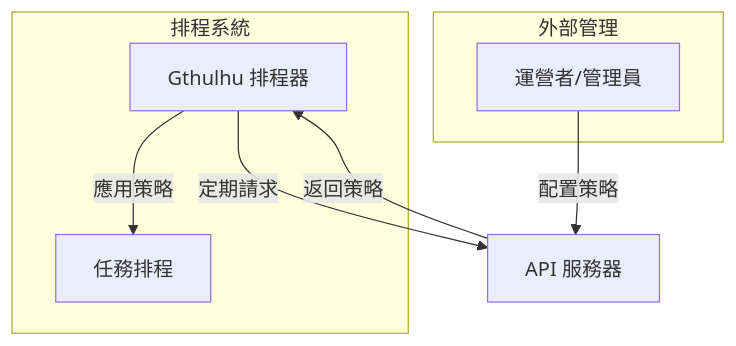
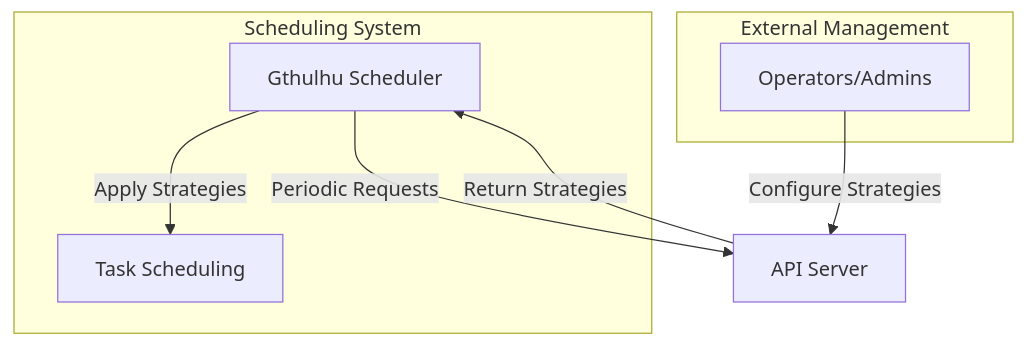
Before and after one commit to Gthulhu/docs: the fourth of 6 diagrams in docs/how-it-works.md, drawn with Mermaid. The commit also changed other lines of this file and 29 other files, not shown here.

````diff
--- a/docs/how-it-works.md
+++ b/docs/how-it-works.md
@@ -151,16 +151,16 @@
 ```mermaid
 graph TB
-    A[Gthulhu 排程器] -->|定期請求| B[API 服務器]
-    C[運營者/管理員] -->|配置策略| B
-    B -->|返回策略| A
-    A -->|應用策略| D[任務排程]
+    A[Gthulhu Scheduler] -->|Periodic Requests| B[API Server]
+    C[Operators/Admins] -->|Configure Strategies| B
+    B -->|Return Strategies| A
+    A -->|Apply Strategies| D[Task Scheduling]
     
-    subgraph "外部管理"
+    subgraph "External Management"
         C
     end
     
-    subgraph "排程系統"
+    subgraph "Scheduling System"
         A
         D
     end
 ```
````
